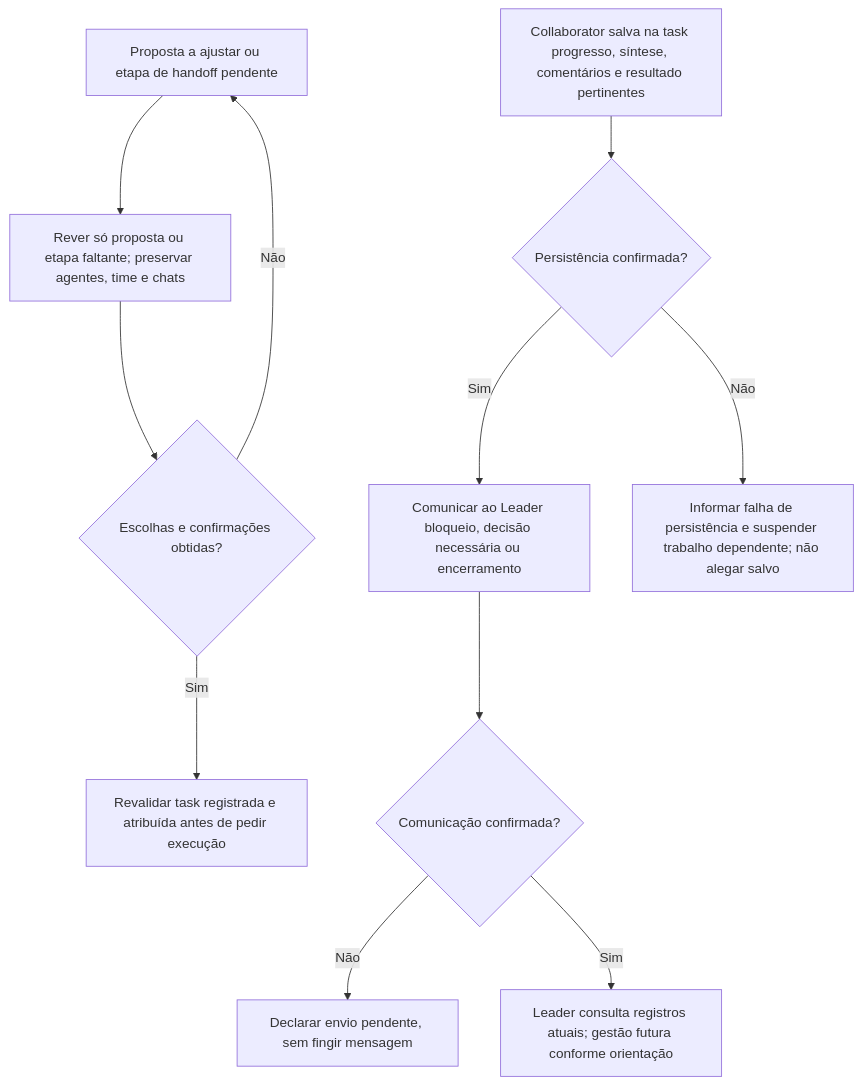
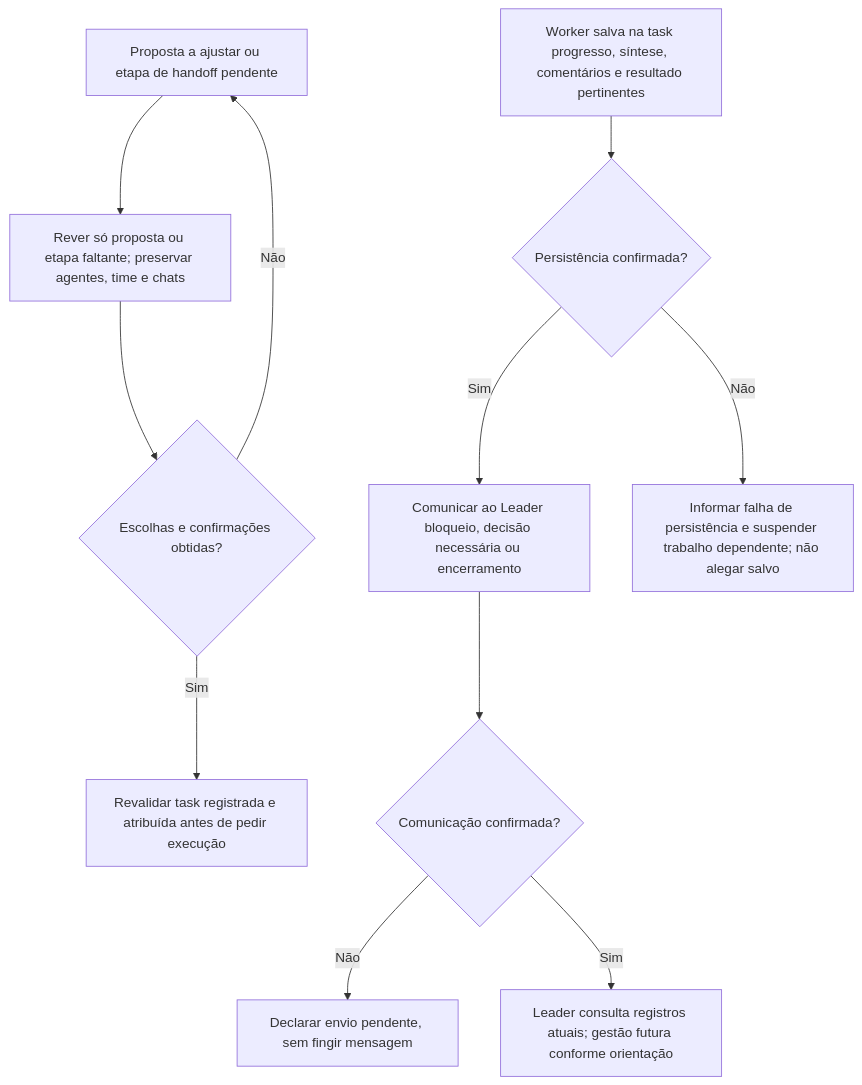
One commit to runvibe/beeteam changed the second of 2 diagrams in docs/leader-onboarding-flows.md. Above: the diagram before and after it, drawn with Mermaid. The commit also changed other lines of this file and 45 other files, not shown here.

````diff
--- a/docs/leader-onboarding-flows.md
+++ b/docs/leader-onboarding-flows.md
@@ -93,13 +93,13 @@
 ```mermaid
 flowchart TD
     PENDENCIA["Proposta a ajustar ou etapa de handoff pendente"] --> RECUPERAR["Rever só proposta ou etapa faltante; preservar agentes, time e chats"]
     RECUPERAR --> CONFIRMAR{"Escolhas e confirmações obtidas?"}
     CONFIRMAR -->|Não| PENDENCIA
     CONFIRMAR -->|Sim| CONTINUAR["Revalidar task registrada e atribuída antes de pedir execução"]
-    RESULTADO["Collaborator salva na task progresso, síntese, comentários e resultado pertinentes"] --> SALVO{"Persistência confirmada?"}
+    RESULTADO["Worker salva na task progresso, síntese, comentários e resultado pertinentes"] --> SALVO{"Persistência confirmada?"}
     SALVO -->|Sim| AVISO["Comunicar ao Leader bloqueio, decisão necessária ou encerramento"]
     SALVO -->|Não| FALHA["Informar falha de persistência e suspender trabalho dependente; não alegar salvo"]
     AVISO --> CANAL{"Comunicação confirmada?"}
     CANAL -->|Não| SEMCANAL["Declarar envio pendente, sem fingir mensagem"]
     CANAL -->|Sim| LEITURA["Leader consulta registros atuais; gestão futura conforme orientação"]
 ```
````
